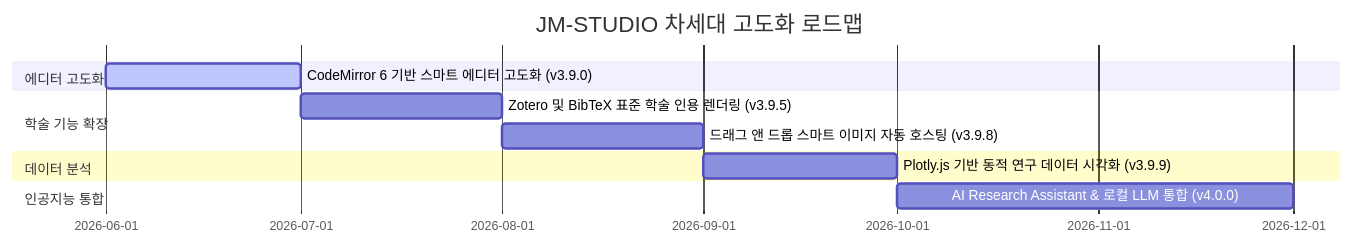
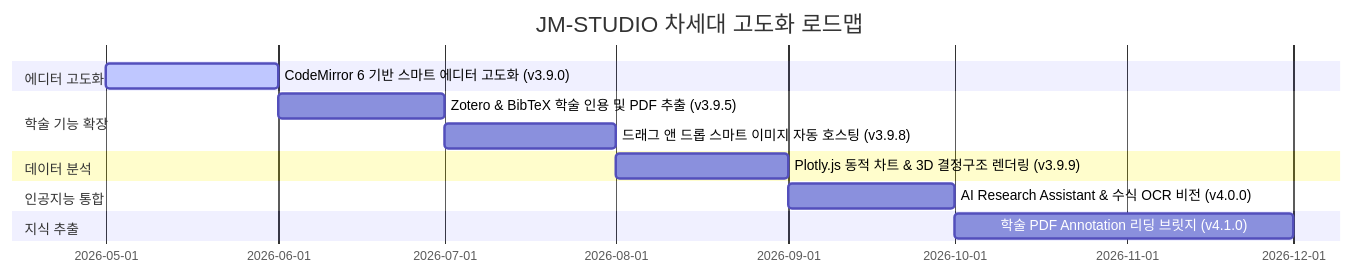
Before and after one commit to joyfoxg/jmstudio: the diagram in UPDATES_ROADMAP.md, drawn with Mermaid. The commit also changed other lines of this file, not shown here.

Commit message:
Update UPDATES_ROADMAP.md: Add next-gen STEM research feature ideas and Phase 5 Academic PDF Annotator bridge

````diff
--- a/UPDATES_ROADMAP.md
+++ b/UPDATES_ROADMAP.md
@@ -15,14 +15,16 @@
 ```mermaid
 gantt
     title JM-STUDIO 차세대 고도화 로드맵
     dateFormat  YYYY-MM
     section 에디터 고도화
-    CodeMirror 6 기반 스마트 에디터 고도화 (v3.9.0)  :active, 2026-06, 2026-07
+    CodeMirror 6 기반 스마트 에디터 고도화 (v3.9.0)  :active, 2026-05, 2026-06
     section 학술 기능 확장
-    Zotero 및 BibTeX 표준 학술 인용 렌더링 (v3.9.5) : 2026-07, 2026-08
-    드래그 앤 드롭 스마트 이미지 자동 호스팅 (v3.9.8) : 2026-08, 2026-09
+    Zotero & BibTeX 학술 인용 및 PDF 추출 (v3.9.5) : 2026-06, 2026-07
+    드래그 앤 드롭 스마트 이미지 자동 호스팅 (v3.9.8) : 2026-07, 2026-08
     section 데이터 분석
-    Plotly.js 기반 동적 연구 데이터 시각화 (v3.9.9) : 2026-09, 2026-10
+    Plotly.js 동적 차트 & 3D 결정구조 렌더링 (v3.9.9) : 2026-08, 2026-09
     section 인공지능 통합
-    AI Research Assistant & 로컬 LLM 통합 (v4.0.0) : 2026-10, 2026-12
+    AI Research Assistant & 수식 OCR 비전 (v4.0.0) : 2026-09, 2026-10
+    section 지식 추출
+    학술 PDF Annotation 리딩 브릿지 (v4.1.0) : 2026-10, 2026-12
 ```
````
